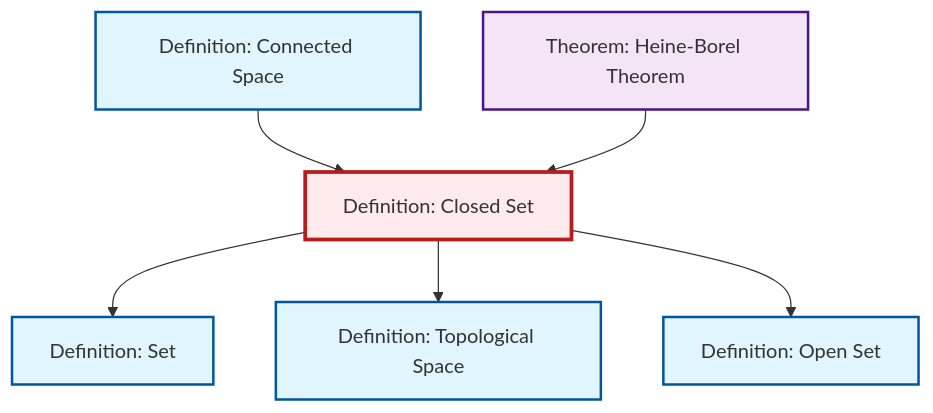
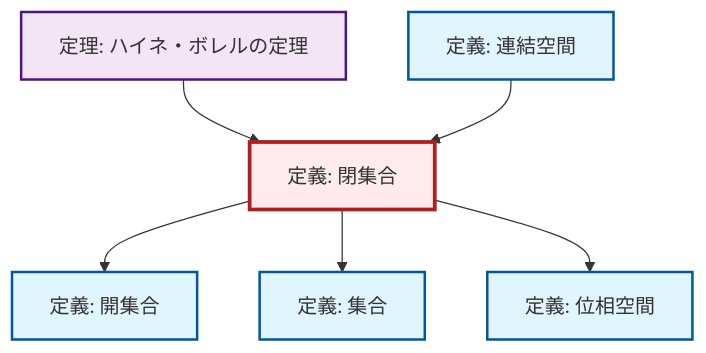
One commit to RK0429/ModernMath changed the diagram in content/ja/topology/def-closed-set.qmd. Above: the diagram before and after it, drawn with Mermaid. The commit also changed 1069 other files, not shown here.

````diff
--- a/content/ja/topology/def-closed-set.qmd
+++ b/content/ja/topology/def-closed-set.qmd
@@ -45,26 +45,26 @@
 ```{mermaid}
 %%| fig-cap: "Local dependency graph"
 graph TD
     classDef definition fill:#e1f5fe,stroke:#01579b,stroke-width:2px
     classDef theorem fill:#f3e5f5,stroke:#4a148c,stroke-width:2px
     classDef axiom fill:#fff3e0,stroke:#e65100,stroke-width:2px
     classDef example fill:#e8f5e9,stroke:#1b5e20,stroke-width:2px
     classDef current fill:#ffebee,stroke:#b71c1c,stroke-width:3px
-    def-set["Definition: Set"]:::definition
-    def-connected["Definition: Connected Space"]:::definition
-    def-open-set["Definition: Open Set"]:::definition
-    def-closed-set["Definition: Closed Set"]:::definition
-    thm-heine-borel["Theorem: Heine-Borel Theorem"]:::theorem
-    def-topological-space["Definition: Topological Space"]:::definition
-    def-connected --> def-closed-set
+    def-set["定義: 集合"]:::definition
+    def-connected["定義: 連結空間"]:::definition
+    def-open-set["定義: 開集合"]:::definition
+    def-topological-space["定義: 位相空間"]:::definition
+    def-closed-set["定義: 閉集合"]:::definition
+    thm-heine-borel["定理: ハイネ・ボレルの定理"]:::theorem
+    def-closed-set --> def-open-set
+    thm-heine-borel --> def-closed-set
     def-closed-set --> def-set
     def-closed-set --> def-topological-space
-    def-closed-set --> def-open-set
-    thm-heine-borel --> def-closed-set
+    def-connected --> def-closed-set
     class def-closed-set current
-    click def-set "def-set.html" "Definition: Setへ"
-    click def-connected "def-connected.html" "Definition: Connected Spaceへ"
-    click def-open-set "def-open-set.html" "Definition: Open Setへ"
-    click thm-heine-borel "thm-heine-borel.html" "Theorem: Heine-Borel Theoremへ"
-    click def-topological-space "def-topological-space.html" "Definition: Topological Spaceへ"
+    click def-set "def-set.html" "集合の定義へ"
+    click def-connected "def-connected.html" "連結空間の定義へ"
+    click def-open-set "def-open-set.html" "開集合の定義へ"
+    click def-topological-space "def-topological-space.html" "位相空間の定義へ"
+    click thm-heine-borel "thm-heine-borel.html" "ハイネ・ボレルの定理の定理へ"
 ```
````
